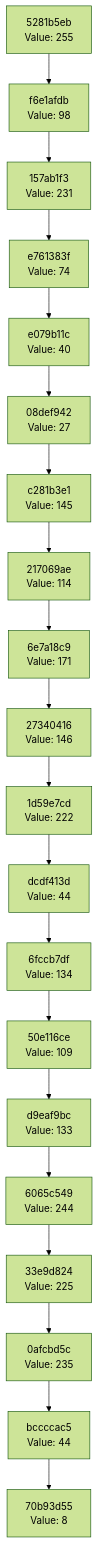
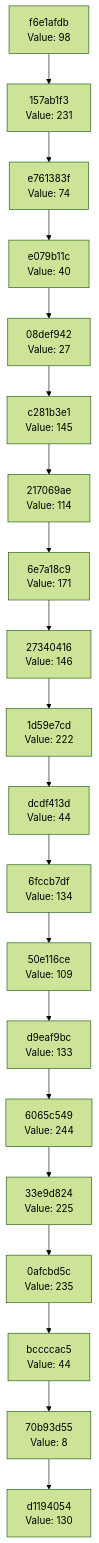
The diagram in docs/CHAIN_VISUALIZATION.md (Abhisheksinha1506/hash-chain-evolver), drawn with Mermaid (forest theme) before and after one commit. The commit also changed 3 other files, not shown here.

````diff
--- a/docs/CHAIN_VISUALIZATION.md
+++ b/docs/CHAIN_VISUALIZATION.md
@@ -3,42 +3,42 @@
 ```mermaid
 graph TD
-    C0["70b93d55<br/>Value: 8"]
-    C1["bccccac5<br/>Value: 44"]
+    C0["d1194054<br/>Value: 130"]
+    C1["70b93d55<br/>Value: 8"]
     C1 --> C0
-    C2["0afcbd5c<br/>Value: 235"]
+    C2["bccccac5<br/>Value: 44"]
     C2 --> C1
-    C3["33e9d824<br/>Value: 225"]
+    C3["0afcbd5c<br/>Value: 235"]
     C3 --> C2
-    C4["6065c549<br/>Value: 244"]
+    C4["33e9d824<br/>Value: 225"]
     C4 --> C3
-    C5["d9eaf9bc<br/>Value: 133"]
+    C5["6065c549<br/>Value: 244"]
     C5 --> C4
-    C6["50e116ce<br/>Value: 109"]
+    C6["d9eaf9bc<br/>Value: 133"]
     C6 --> C5
-    C7["6fccb7df<br/>Value: 134"]
+    C7["50e116ce<br/>Value: 109"]
     C7 --> C6
-    C8["dcdf413d<br/>Value: 44"]
+    C8["6fccb7df<br/>Value: 134"]
     C8 --> C7
-    C9["1d59e7cd<br/>Value: 222"]
+    C9["dcdf413d<br/>Value: 44"]
     C9 --> C8
-    C10["27340416<br/>Value: 146"]
+    C10["1d59e7cd<br/>Value: 222"]
     C10 --> C9
-    C11["6e7a18c9<br/>Value: 171"]
+    C11["27340416<br/>Value: 146"]
     C11 --> C10
-    C12["217069ae<br/>Value: 114"]
+    C12["6e7a18c9<br/>Value: 171"]
     C12 --> C11
-    C13["c281b3e1<br/>Value: 145"]
+    C13["217069ae<br/>Value: 114"]
     C13 --> C12
-    C14["08def942<br/>Value: 27"]
+    C14["c281b3e1<br/>Value: 145"]
     C14 --> C13
-    C15["e079b11c<br/>Value: 40"]
+    C15["08def942<br/>Value: 27"]
     C15 --> C14
-    C16["e761383f<br/>Value: 74"]
+    C16["e079b11c<br/>Value: 40"]
     C16 --> C15
-    C17["157ab1f3<br/>Value: 231"]
+    C17["e761383f<br/>Value: 74"]
     C17 --> C16
-    C18["f6e1afdb<br/>Value: 98"]
+    C18["157ab1f3<br/>Value: 231"]
     C18 --> C17
-    C19["5281b5eb<br/>Value: 255"]
+    C19["f6e1afdb<br/>Value: 98"]
     C19 --> C18
 ```
````
